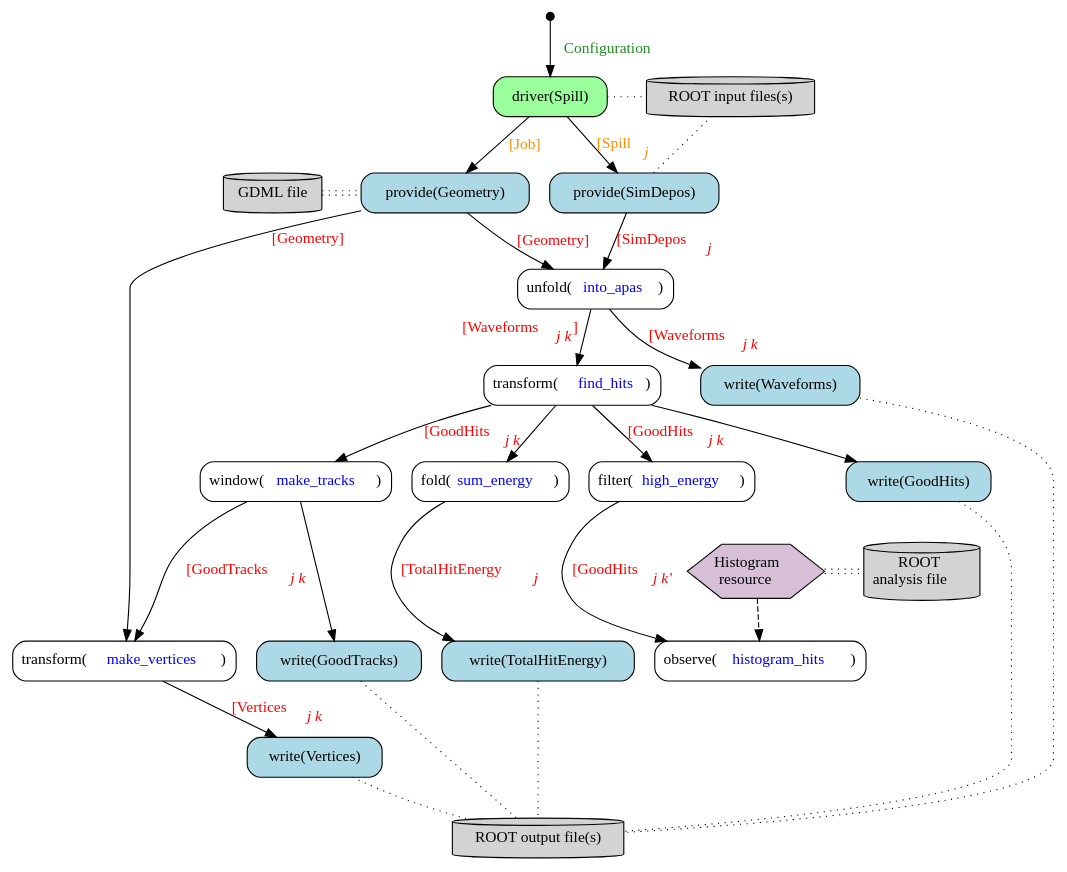
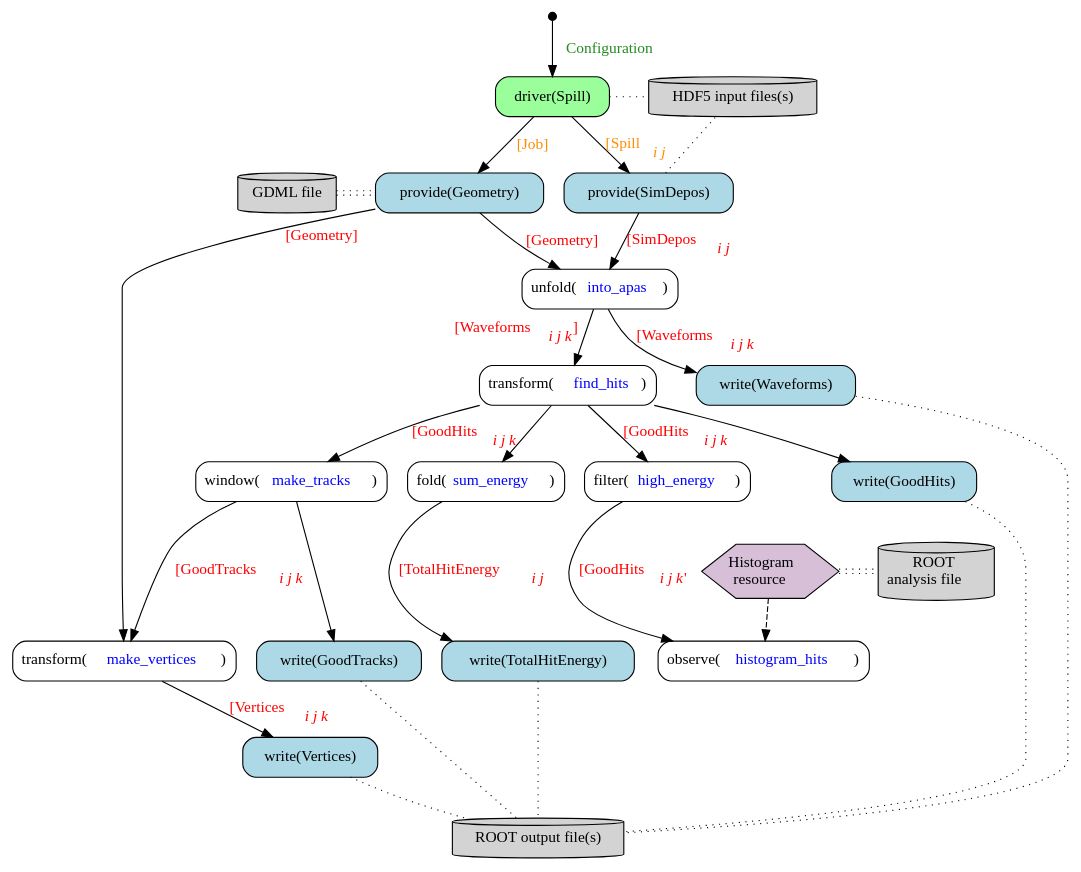
Before and after one commit to Framework-R-D/phlex-design: the diagram in doc/work-flow.gv, drawn with Graphviz. The commit also changed 1 other file, not shown here.

Commit message:
Update graphs to be consistent

```diff
--- a/doc/work-flow.gv
+++ b/doc/work-flow.gv
@@ -1,86 +1,86 @@
 digraph {
   node [shape="box", style="rounded"]
   edge [fontcolor="red"];
 
   start [shape="point", width=0.1];
   unfold_into_apas [label=<unfold(<font color="blue">into_apas</font>)>];
   transform_find_hits [label=<transform(<font color="blue">find_hits</font>)>];
   filter_high_energy [label=<filter(<font color="blue">high_energy</font>)>];
   window_make_tracks [label=<window(<font color="blue">make_tracks</font>)>];
   out [label="ROOT output file(s)", shape="cylinder", style="filled", fillcolor="lightgray"];
 
   observe_histogram_hits [label=<observe(<font color="blue">histogram_hits</font>)>];
   transform_make_vertices [label=<transform(<font color="blue">make_vertices</font>)>];
   fold_total_energy [label=<fold(<font color="blue">sum_energy</font>)>];
 
   // Histogram resource
   resource [label=<Histogram<br/> resource>,
             shape=hexagon,
             style=filled,
             fillcolor=thistle,
             margin=0];
   root [label=<ROOT<br/> analysis file>, style=filled, shape=cylinder];
 
   gdml [label="GDML file", shape="cylinder", style="filled", fillcolor="lightgray"]
   driver [label="driver(Spill)", style="rounded,filled",fillcolor="palegreen1"];
-  input [label="ROOT input files(s)", shape="cylinder", style="filled", fillcolor="lightgray"];
+  input [label="HDF5 input files(s)", shape="cylinder", style="filled", fillcolor="lightgray"];
 
   // Providers
   geometry_provider [label="provide(Geometry)", style="filled,rounded", fillcolor="lightblue"];
   sim_depos_provider [label="provide(SimDepos)", style="filled,rounded" fillcolor="lightblue"];
 
   // Writers
   waveforms_writer [label="write(Waveforms)", style="filled,rounded", fillcolor="lightblue"];
   total_energy_writer [label="write(TotalHitEnergy)", style="filled,rounded", fillcolor="lightblue"];
   tracks_writer [label="write(GoodTracks)", style="filled,rounded", fillcolor="lightblue"];
   vertices_writer [label="write(Vertices)", style="filled,rounded", fillcolor="lightblue"];
   hits_writer [label="write(GoodHits)", style="filled,rounded" fillcolor="lightblue"];
 
   start -> driver [label=" Configuration", fontcolor="forestgreen"];
   driver -> input [style="dotted", arrowhead=none];
   driver -> geometry_provider [label=" [Job]", fontcolor="darkorange"];
-  driver -> sim_depos_provider [label=< [Spill<sub><i>j</i></sub>]>, fontcolor="darkorange"];
+  driver -> sim_depos_provider [label=< [Spill<sub><i>i j</i></sub>]>, fontcolor="darkorange"];
 
   gdml -> geometry_provider [arrowhead=none, style="dotted", color="black:invis:black"];
   resource -> root [arrowhead=none, style="dotted", color="black:invis:black"];
 
   sim_depos_provider -> input [style="dotted", arrowhead=none];
-  sim_depos_provider -> unfold_into_apas [label=< [SimDepos<sub><i>j</i></sub>]>];
+  sim_depos_provider -> unfold_into_apas [label=< [SimDepos<sub><i>i j</i></sub>]>];
 
   geometry_provider -> unfold_into_apas [label=<[Geometry]>];
   geometry_provider -> transform_make_vertices [taillabel=<[Geometry]>, labeldistance=4.7, labelangle=20];
 
-  unfold_into_apas -> transform_find_hits [xlabel=<[Waveforms<sub><i>j k</i></sub>] >];
-  unfold_into_apas -> waveforms_writer [label=<[Waveforms<sub><i>j k</i></sub>]>];
+  unfold_into_apas -> transform_find_hits [xlabel=<[Waveforms<sub><i>i j k</i></sub>] >];
+  unfold_into_apas -> waveforms_writer [label=<[Waveforms<sub><i>i j k</i></sub>]>];
 
-  transform_find_hits -> filter_high_energy [label=<[GoodHits<sub><i>j k</i></sub>]>];
+  transform_find_hits -> filter_high_energy [label=<[GoodHits<sub><i>i j k</i></sub>]>];
   transform_find_hits -> hits_writer;
-  transform_find_hits -> window_make_tracks [label=<[GoodHits<sub><i>j k</i></sub>]>];
+  transform_find_hits -> window_make_tracks [label=<[GoodHits<sub><i>i j k</i></sub>]>];
   transform_find_hits -> fold_total_energy;
 
-  window_make_tracks -> transform_make_vertices [label=< [GoodTracks<sub><i>j k</i></sub>]>];
+  window_make_tracks -> transform_make_vertices [label=< [GoodTracks<sub><i>i j k</i></sub>]>];
   window_make_tracks -> tracks_writer;
 
-  transform_make_vertices -> vertices_writer [label=< [Vertices<sub><i>j k</i></sub>]>];
+  transform_make_vertices -> vertices_writer [label=< [Vertices<sub><i>i j k</i></sub>]>];
 
-  fold_total_energy -> total_energy_writer [label=< [TotalHitEnergy<sub><i>j</i></sub>]>];
+  fold_total_energy -> total_energy_writer [label=< [TotalHitEnergy<sub><i>i j</i></sub>]>];
 
-  filter_high_energy -> observe_histogram_hits [label=<[GoodHits<sub><i>j k</i> '</sub>]>];
+  filter_high_energy -> observe_histogram_hits [label=<[GoodHits<sub><i>i j k</i> '</sub>]>];
 
   resource -> observe_histogram_hits [style="dashed"];
 
   { total_energy_writer, waveforms_writer, hits_writer, tracks_writer, vertices_writer } -> out [style="dotted", arrowhead=none]
 
   // Making the graph layout better
   { rank=same; driver; input; }
   { rank=same; resource; root; }
   { rank=same; gdml; geometry_provider; sim_depos_provider; }
   { rank=same; window_make_tracks; hits_writer; fold_total_energy; filter_high_energy; }
   { rank=same; transform_make_vertices; observe_histogram_hits; tracks_writer; total_energy_writer; }
 
   // The following edges do not denote any formal relationships; they are intended for influencing the layout.
   edge [style="invis"]
   input -> waveforms_writer;
   filter_high_energy -> resource;
   transform_find_hits -> waveforms_writer [constraint="false"];
 }
```
